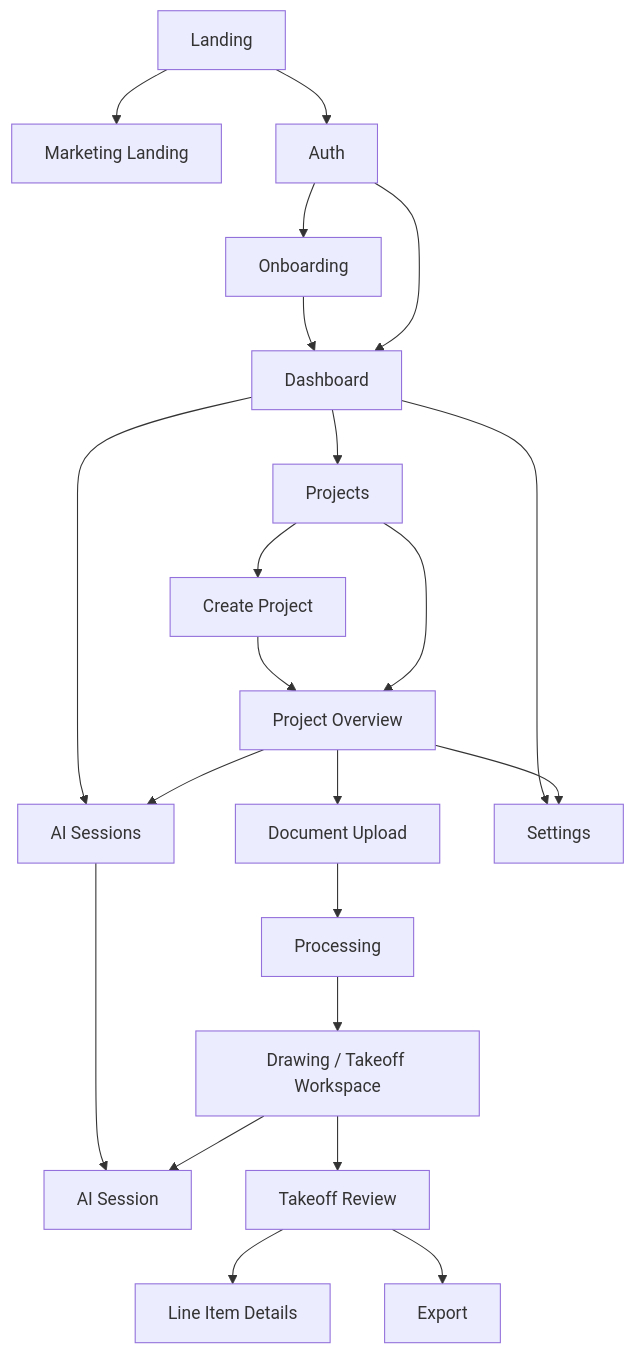
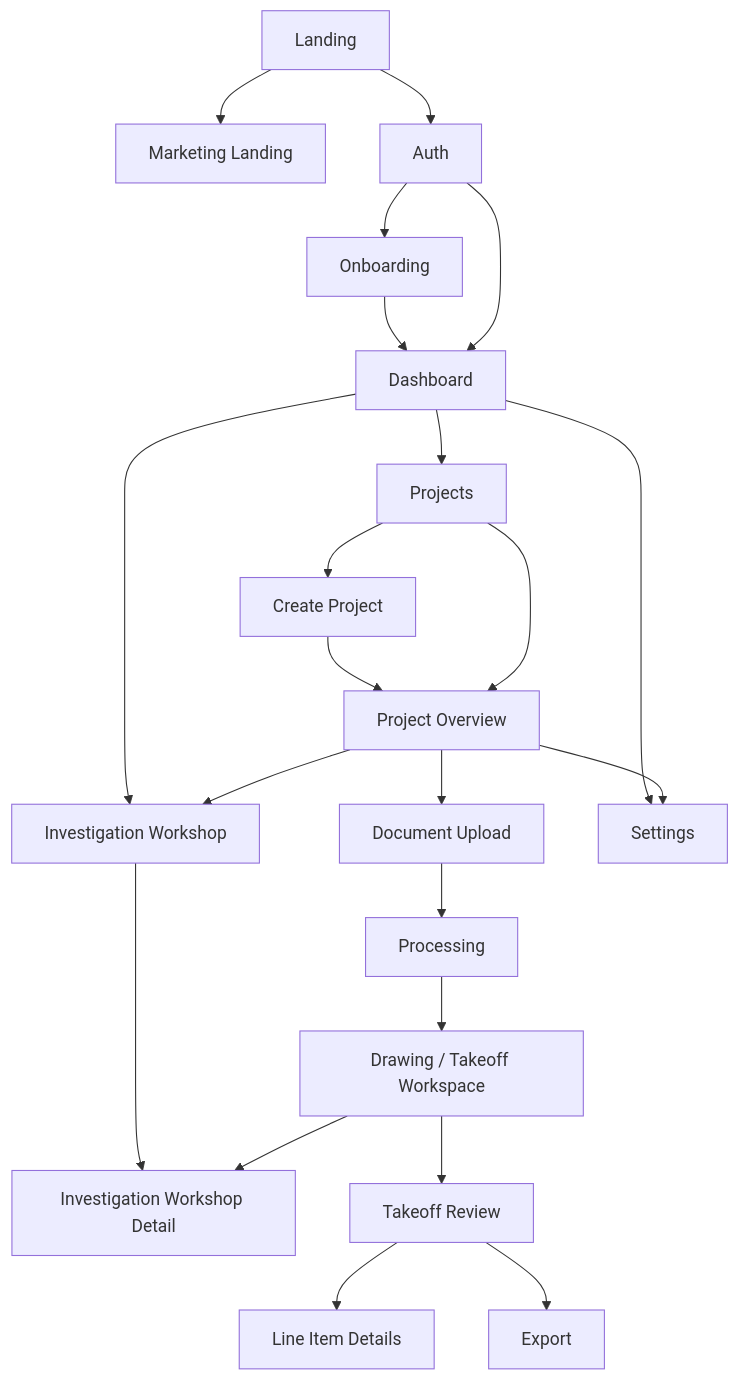
One commit to HardikBhaskar2010/Vectoris changed the diagram in docs/01_PRODUCT/APP_FLOW.md. Above: the diagram before and after it, drawn with Mermaid. The commit also changed other lines of this file and 25 other files, not shown here.

Commit message:
feat: initialize project architecture and AI session management infrastructure with documentation and mock data

````diff
--- a/docs/01_PRODUCT/APP_FLOW.md
+++ b/docs/01_PRODUCT/APP_FLOW.md
@@ -11,24 +11,24 @@
 ```mermaid
 flowchart TD
     Landing --> MarketingLanding[Marketing Landing]
     Landing --> Auth
     Auth --> Onboarding
     Onboarding --> Dashboard
     Auth --> Dashboard
     Dashboard --> Projects
-    Dashboard --> Sessions[AI Sessions]
+    Dashboard --> Sessions[Investigation Workshop]
     Projects --> CreateProject[Create Project]
     CreateProject --> ProjectOverview[Project Overview]
     Projects --> ProjectOverview
-    Sessions --> SessionDetail[AI Session]
+    Sessions --> SessionDetail[Investigation Workshop Detail]
     ProjectOverview --> Sessions
     ProjectOverview --> DocumentUpload[Document Upload]
     DocumentUpload --> Processing
     Processing --> DrawingViewer[Drawing / Takeoff Workspace]
     DrawingViewer --> TakeoffReview[Takeoff Review]
     TakeoffReview --> LineItemDetails[Line Item Details]
     TakeoffReview --> Export
     DrawingViewer --> SessionDetail
     Dashboard --> Settings
     ProjectOverview --> Settings
 ```
````
